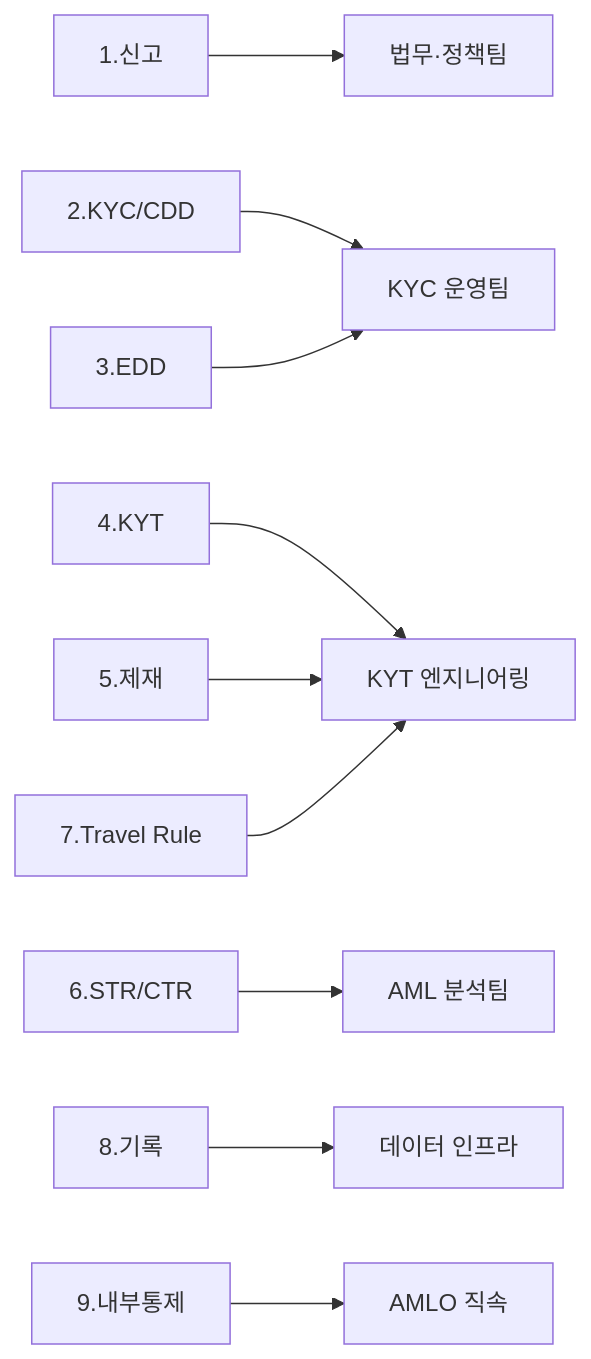
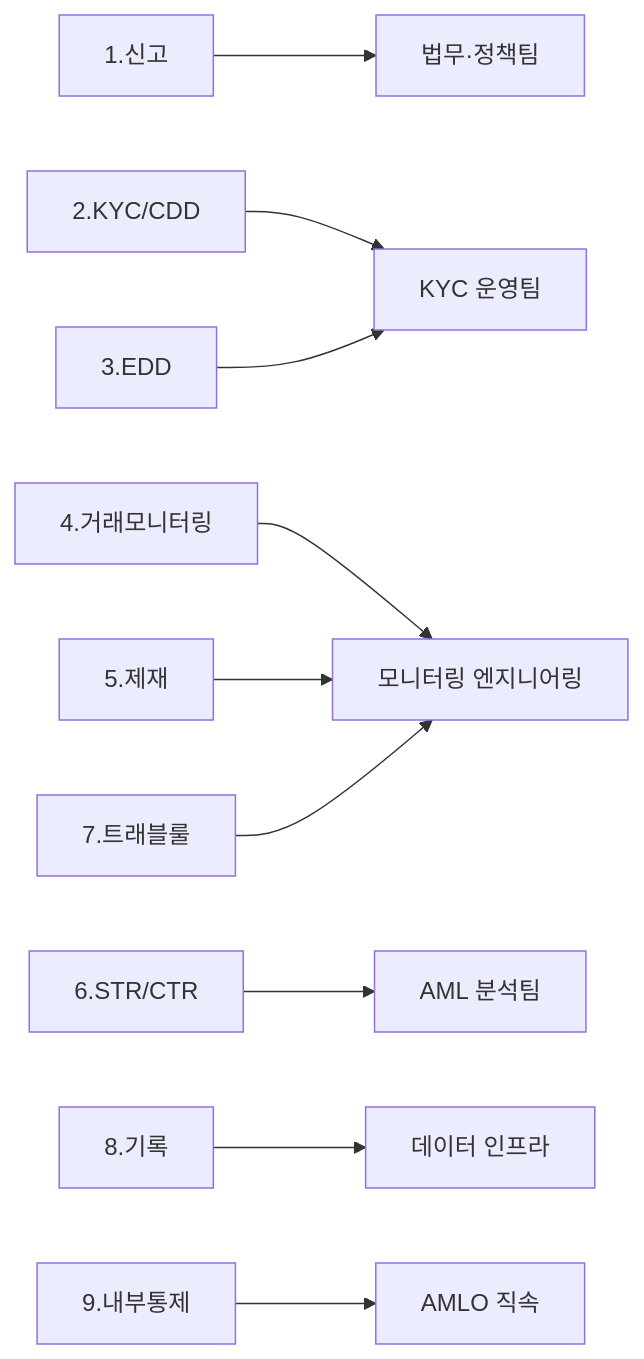
Before and after one commit to lala-david/aml-notes: the second of 2 diagrams in curriculum/day_06.md, drawn with Mermaid. The commit also changed other lines of this file and 233 other files, not shown here.

````diff
--- a/curriculum/day_06.md
+++ b/curriculum/day_06.md
@@ -65,12 +55,12 @@
 ```mermaid
 flowchart LR
-    O1[1.신고] --> L[법무·정책팀]
-    O2[2.KYC/CDD] --> K[KYC 운영팀]
-    O3[3.EDD] --> K
-    O4[4.KYT] --> T[KYT 엔지니어링]
-    O5[5.제재] --> T
-    O6[6.STR/CTR] --> A[AML 분석팀]
-    O7[7.Travel Rule] --> T
-    O8[8.기록] --> D[데이터 인프라]
-    O9[9.내부통제] --> AO[AMLO 직속]
+    O1["1.신고"] --> L["법무·정책팀"]
+    O2["2.KYC/CDD"] --> K["KYC 운영팀"]
+    O3["3.EDD"] --> K
+    O4["4.거래모니터링"] --> T["모니터링 엔지니어링"]
+    O5["5.제재"] --> T
+    O6["6.STR/CTR"] --> A["AML 분석팀"]
+    O7["7.트래블룰"] --> T
+    O8["8.기록"] --> D["데이터 인프라"]
+    O9["9.내부통제"] --> AO["AMLO 직속"]
 ```
````
